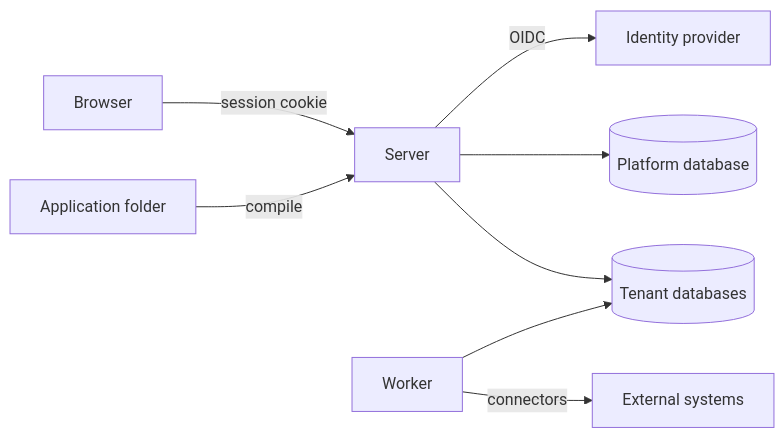
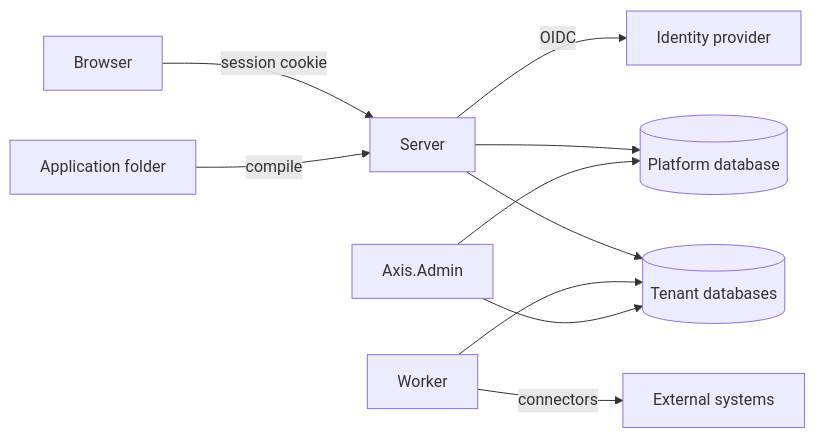
The diagram in docs/architecture.md (phuongnse/axis), drawn with Mermaid before and after one commit. The commit also changed other lines of this file and 7 other files, not shown here.

````diff
--- a/docs/architecture.md
+++ b/docs/architecture.md
@@ -11,10 +11,12 @@
 ```mermaid
 flowchart LR
     Browser -->|session cookie| Server
     Files[Application folder] -->|compile| Server
     Server -->|OIDC| IdP[Identity provider]
     Server --> SysDb[(Platform database)]
     Server --> TenantDb[(Tenant databases)]
     Worker --> TenantDb
     Worker -->|connectors| External[External systems]
+    Admin[Axis.Admin] --> SysDb
+    Admin --> TenantDb
 ```
````
